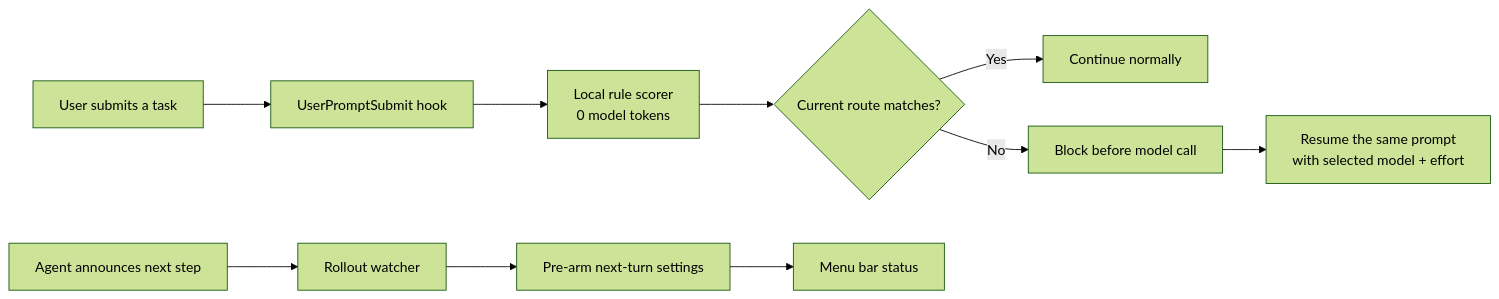
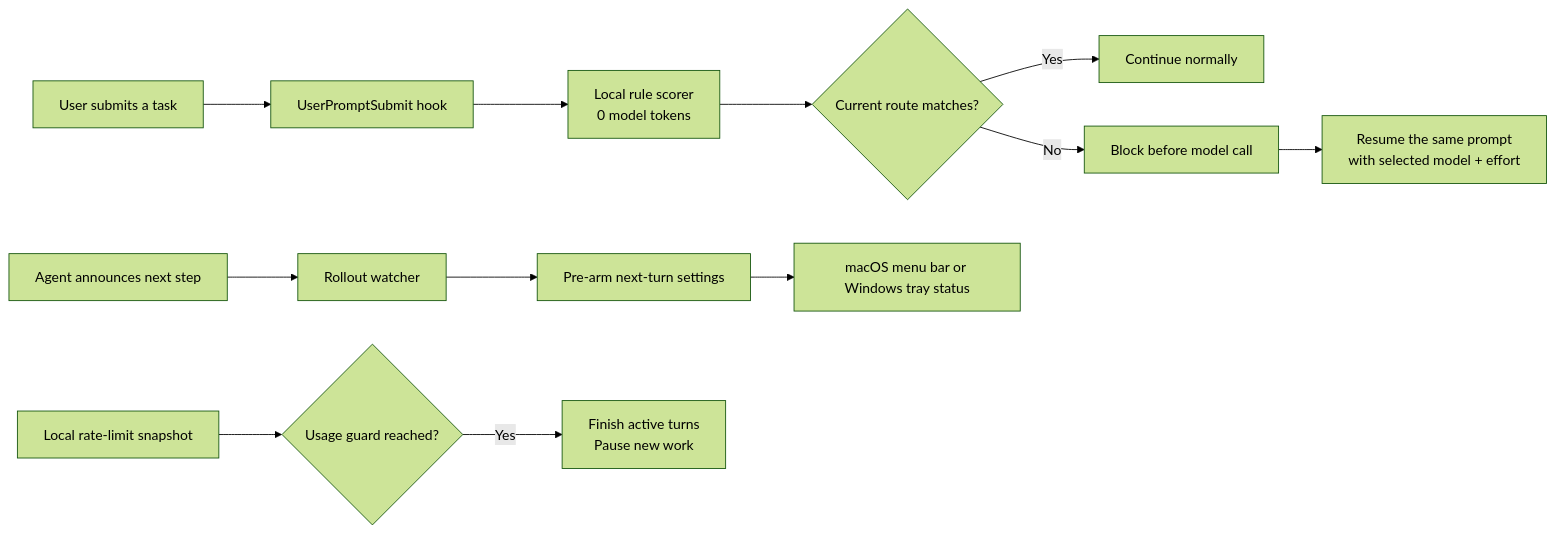
The diagram in README.md (hadongil19822-blip/codex-adaptive-model-router), drawn with Mermaid (forest theme) before and after one commit. The commit also changed other lines of this file and 12 other files, not shown here.

First line of the commit message:
Add cross-platform usage guard dashboards (#1)

````diff
--- a/README.md
+++ b/README.md
@@ -41,12 +45,14 @@
 ```mermaid
 flowchart LR
     A["User submits a task"] --> B["UserPromptSubmit hook"]
     B --> C["Local rule scorer\n0 model tokens"]
     C --> D{"Current route matches?"}
     D -- Yes --> E["Continue normally"]
     D -- No --> F["Block before model call"]
     F --> G["Resume the same prompt\nwith selected model + effort"]
     H["Agent announces next step"] --> I["Rollout watcher"]
     I --> J["Pre-arm next-turn settings"]
-    J --> K["Menu bar status"]
+    J --> K["macOS menu bar or Windows tray status"]
+    L["Local rate-limit snapshot"] --> M{"Usage guard reached?"}
+    M -- Yes --> N["Finish active turns\nPause new work"]
 ```
````
